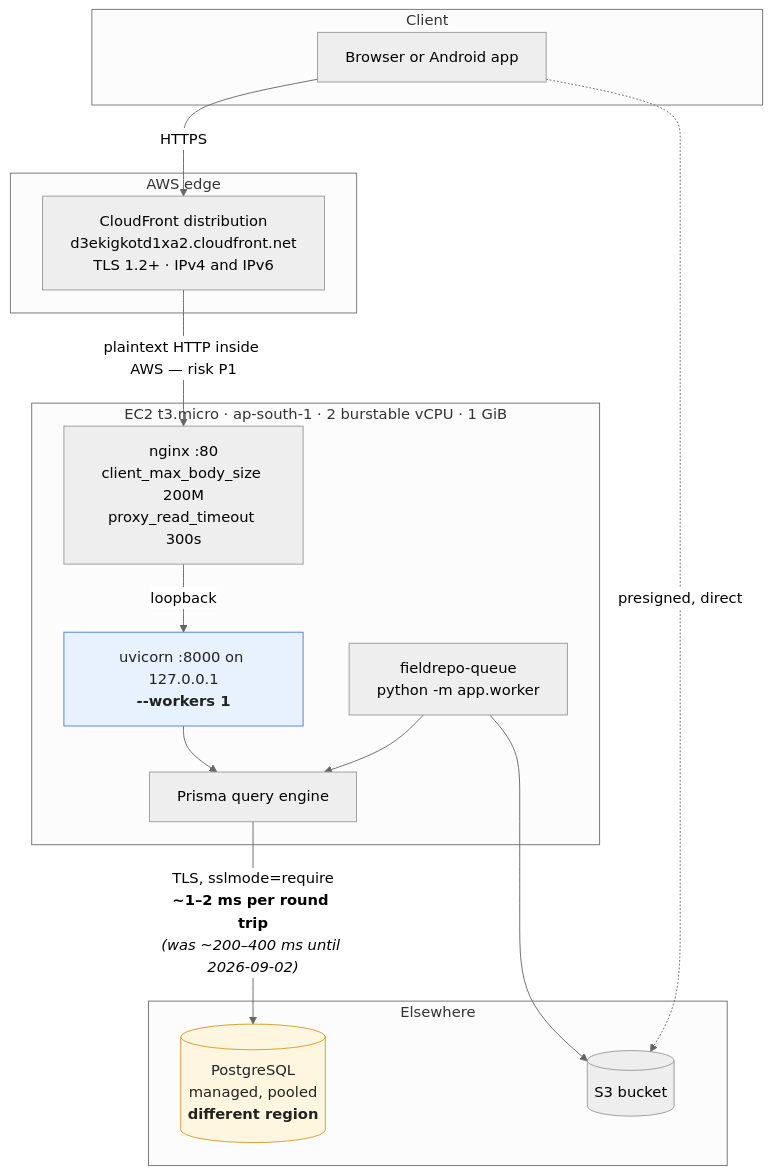
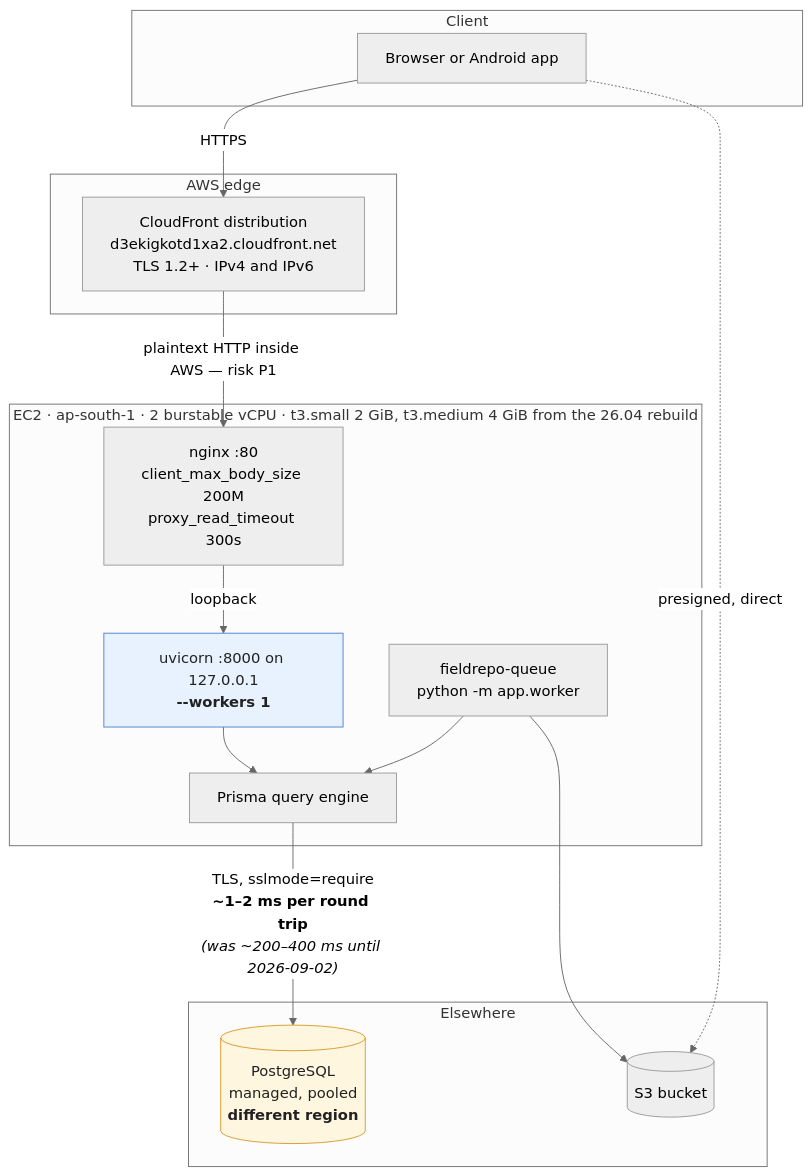
The second of 13 diagrams in docs/ARCHITECTURE.md (cxacraftecosystem-ui/designer-portal), drawn with Mermaid (neutral theme) before and after one commit. The commit also changed other lines of this file and 13 other files, not shown here.

````diff
--- a/docs/ARCHITECTURE.md
+++ b/docs/ARCHITECTURE.md
@@ -83,31 +84,31 @@
 ```mermaid
 flowchart TB
   subgraph client["Client"]
     B[Browser or Android app]
   end
   subgraph edge["AWS edge"]
     CF["CloudFront distribution<br/>d3ekigkotd1xa2.cloudfront.net<br/>TLS 1.2+ · IPv4 and IPv6"]
   end
-  subgraph ec2["EC2 t3.micro · ap-south-1 · 2 burstable vCPU · 1 GiB"]
+  subgraph ec2["EC2 · ap-south-1 · 2 burstable vCPU · t3.small 2 GiB, t3.medium 4 GiB from the 26.04 rebuild"]
     NX["nginx :80<br/>client_max_body_size 200M<br/>proxy_read_timeout 300s"]
     UV["uvicorn :8000 on 127.0.0.1<br/><b>--workers 1</b>"]
     QW["fieldrepo-queue<br/>python -m app.worker"]
     PE[Prisma query engine]
   end
   subgraph remote["Elsewhere"]
     PG[("PostgreSQL<br/>managed, pooled<br/><b>different region</b>")]
     S3[(S3 bucket)]
   end
 
   B -->|"HTTPS"| CF
   CF -->|"plaintext HTTP inside AWS — risk P1"| NX
   NX -->|loopback| UV
   UV --> PE
   QW --> PE
   PE -->|"TLS, sslmode=require<br/><b>~1–2 ms per round trip</b><br/><i>(was ~200–400 ms until 2026-09-02)</i>"| PG
   B -.->|presigned, direct| S3
   QW --> S3
 
   style PG fill:#fff6e0,stroke:#d89a2a,color:#222
   style UV fill:#e8f2ff,stroke:#4a7fd6,color:#222
 ```
````
